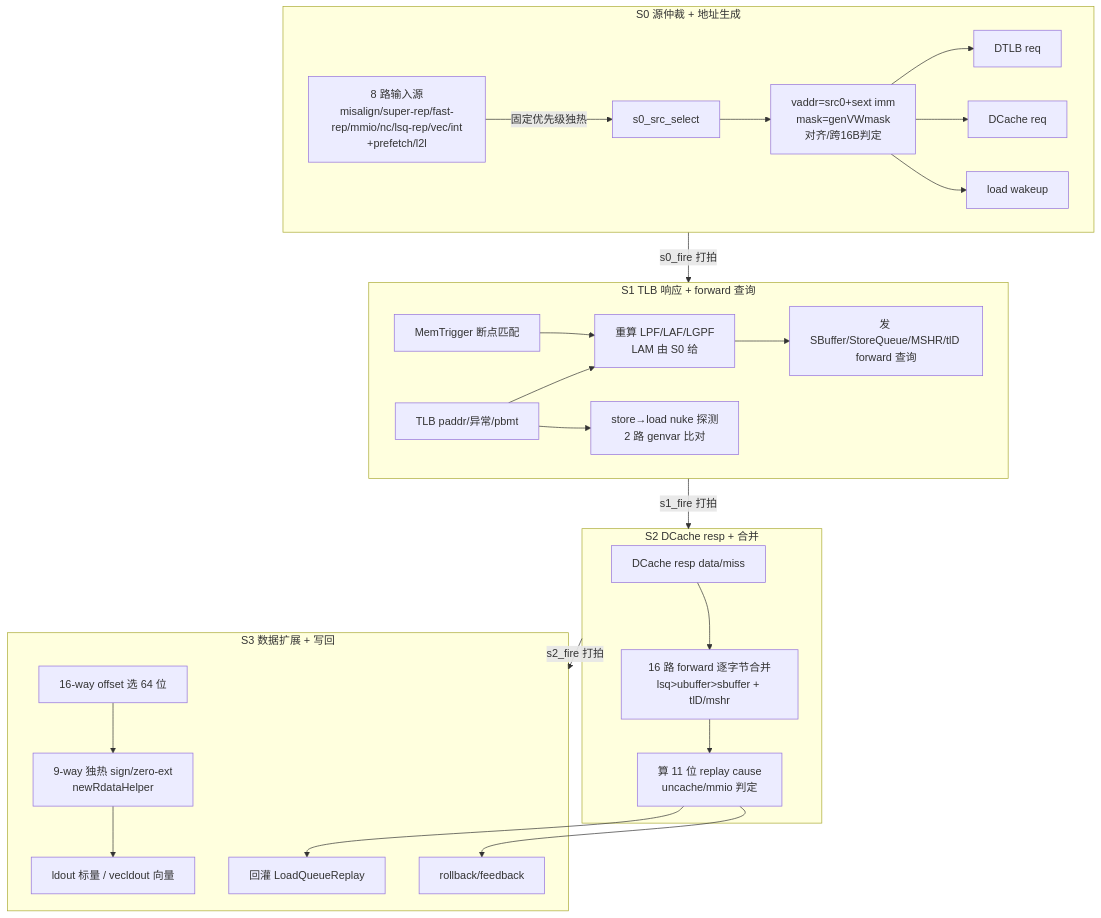
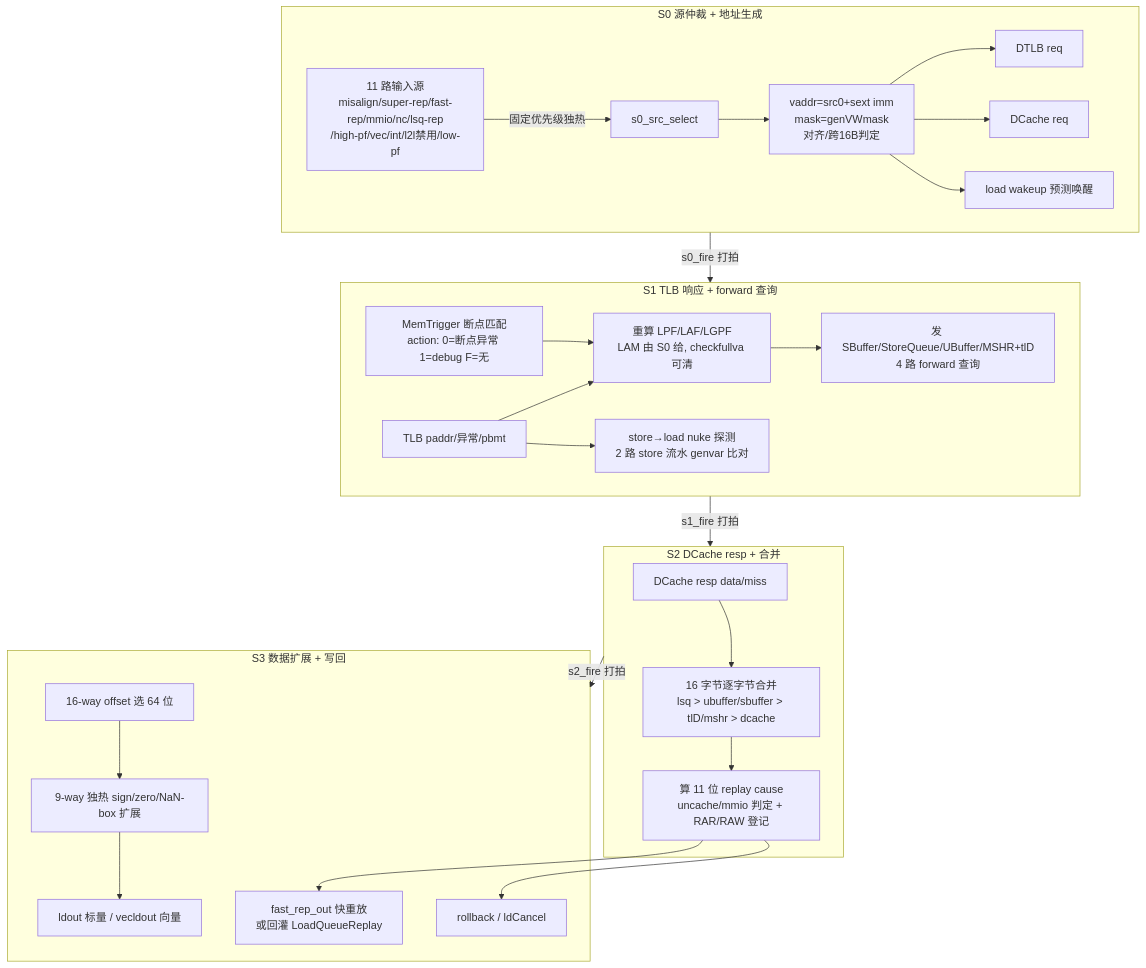
One commit to shengnanli/xs-v2r2-sv changed the diagram in docs/memblock/LoadUnit.md. Above: the diagram before and after it, drawn with Mermaid. The commit also changed other lines of this file and 24 other files, not shown here.

````diff
--- a/docs/memblock/LoadUnit.md
+++ b/docs/memblock/LoadUnit.md
@@ -24,26 +30,26 @@
 ```mermaid
 flowchart TD
   subgraph S0[S0 源仲裁 + 地址生成]
-    A[8 路输入源\nmisalign/super-rep/fast-rep/mmio/nc/lsq-rep/vec/int\n+prefetch/l2l] -->|固定优先级独热| SEL[s0_src_select]
+    A[11 路输入源\nmisalign/super-rep/fast-rep/mmio/nc/lsq-rep\n/high-pf/vec/int/l2l禁用/low-pf] -->|固定优先级独热| SEL[s0_src_select]
     SEL --> VA[vaddr=src0+sext imm\nmask=genVWmask\n对齐/跨16B判定]
-    VA --> TLBREQ[DTLB req] & DCREQ[DCache req] & WK[load wakeup]
+    VA --> TLBREQ[DTLB req] & DCREQ[DCache req] & WK[load wakeup 预测唤醒]
   end
   S0 -->|s0_fire 打拍| S1
   subgraph S1[S1 TLB 响应 + forward 查询]
-    TR[TLB paddr/异常/pbmt] --> EXC[重算 LPF/LAF/LGPF\nLAM 由 S0 给]
-    EXC --> FWD[发 SBuffer/StoreQueue/MSHR/tlD forward 查询]
-    TR --> NK[store→load nuke 探测\n2 路 genvar 比对]
-    MT[MemTrigger 断点匹配] --> EXC
+    TR[TLB paddr/异常/pbmt] --> EXC[重算 LPF/LAF/LGPF\nLAM 由 S0 给, checkfullva 可清]
+    EXC --> FWD[发 SBuffer/StoreQueue/UBuffer/MSHR+tlD\n4 路 forward 查询]
+    TR --> NK[store→load nuke 探测\n2 路 store 流水 genvar 比对]
+    MT[MemTrigger 断点匹配\naction: 0=断点异常 1=debug F=无] --> EXC
   end
   S1 -->|s1_fire 打拍| S2
   subgraph S2[S2 DCache resp + 合并]
-    DR[DCache resp data/miss] --> MG[16 路 forward 逐字节合并\nlsq>ubuffer>sbuffer + tlD/mshr]
-    MG --> CAUSE[算 11 位 replay cause\nuncache/mmio 判定]
+    DR[DCache resp data/miss] --> MG[16 字节逐字节合并\nlsq > ubuffer/sbuffer > tlD/mshr > dcache]
+    MG --> CAUSE[算 11 位 replay cause\nuncache/mmio 判定 + RAR/RAW 登记]
   end
   S2 -->|s2_fire 打拍| S3
   subgraph S3[S3 数据扩展 + 写回]
-    SEL16[16-way offset 选 64 位] --> EXT[9-way 独热 sign/zero-ext\nnewRdataHelper]
+    SEL16[16-way offset 选 64 位] --> EXT[9-way 独热 sign/zero/NaN-box 扩展]
     EXT --> OUT[ldout 标量 / vecldout 向量]
-    CAUSE --> REP[回灌 LoadQueueReplay] & RB[rollback/feedback]
+    CAUSE --> REP[fast_rep_out 快重放\n或回灌 LoadQueueReplay] & RB[rollback / ldCancel]
   end
 ```
````
